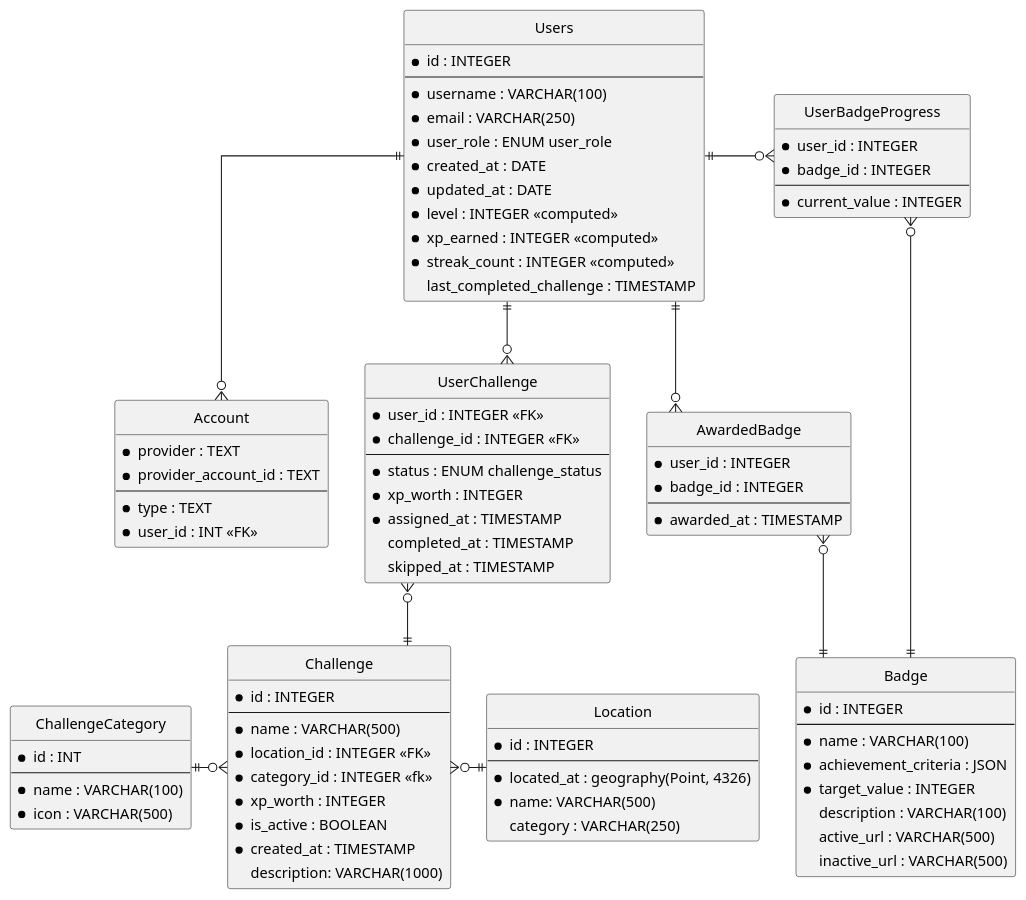
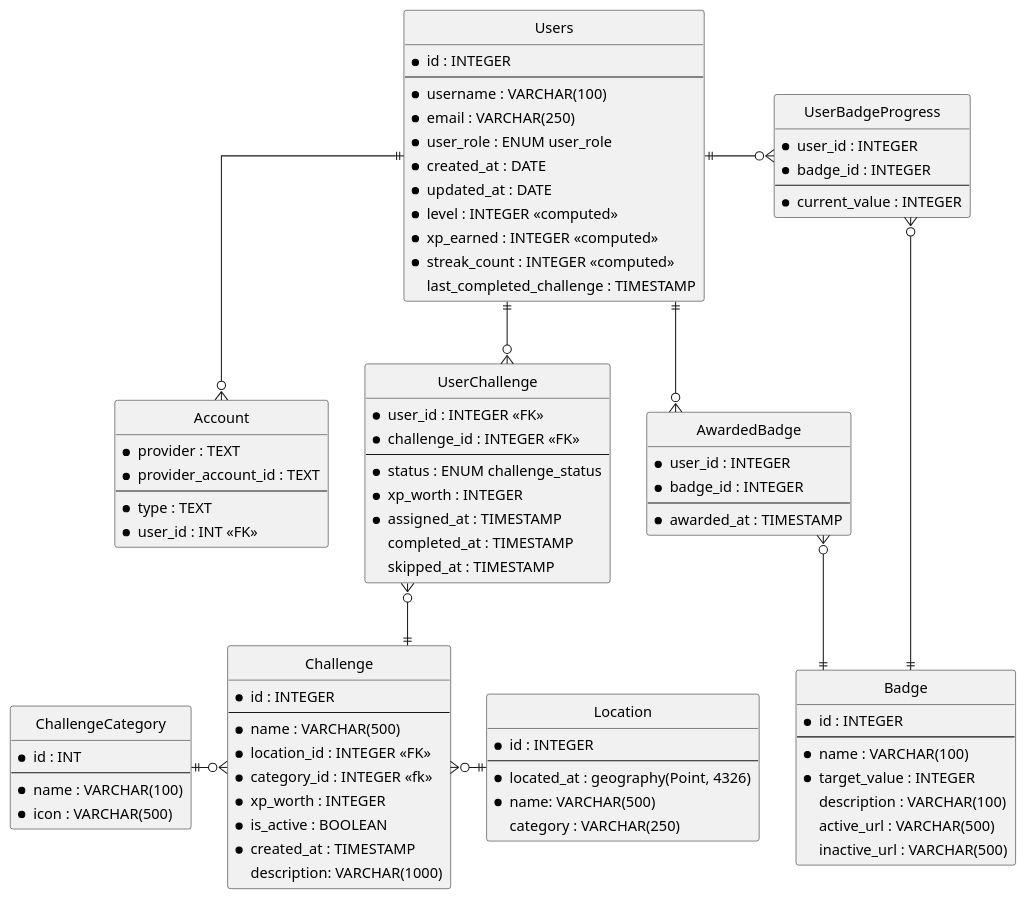
One commit to UOA-CS732-S1-2026/group-project-shimmering-shrews changed the diagram in diagrams/erd.puml. Above: the diagram before and after it, drawn with PlantUML. The commit also changed 6 other files, not shown here.

First line of the commit message:
Update schema to better model multiple badge criteria

```diff
--- a/diagrams/erd.puml
+++ b/diagrams/erd.puml
@@ -1,107 +1,106 @@
 @startuml schema
 ' Style rules
 skinparam {
   style StrictUML
   linetype ortho
   padding 2
   RoundCorner 5
 }
 
 ' Define entities (tables)
 entity "Users" as users {
   * id : INTEGER
   --
   * username : VARCHAR(100)
   * email : VARCHAR(250)
   * user_role : ENUM user_role
   * created_at : DATE
   * updated_at : DATE
   * level : INTEGER <<computed>>
   * xp_earned : INTEGER <<computed>>
   * streak_count : INTEGER <<computed>>
   last_completed_challenge : TIMESTAMP
 } 
 
 entity "Account" as account {
  * provider : TEXT
  * provider_account_id : TEXT
  --
  * type : TEXT
  * user_id : INT <<FK>>
 }
 
 entity "Badge" as badge {
   * id : INTEGER
   --
   * name : VARCHAR(100)
-  * achievement_criteria : JSON
   * target_value : INTEGER
   description : VARCHAR(100)
   active_url : VARCHAR(500)
   inactive_url : VARCHAR(500)
 }
 
 entity "UserBadgeProgress" as user_badge_progress {
   * user_id : INTEGER
   * badge_id : INTEGER
   --
   * current_value : INTEGER
 }
 
 entity "AwardedBadge" as awarded_badge {
   * user_id : INTEGER
   * badge_id : INTEGER
   --
   * awarded_at : TIMESTAMP
 }
 
 entity "UserChallenge" as user_challenge {
   * user_id : INTEGER <<FK>>
   * challenge_id : INTEGER <<FK>>
   --
   * status : ENUM challenge_status
   * xp_worth : INTEGER
   * assigned_at : TIMESTAMP
   completed_at : TIMESTAMP
   skipped_at : TIMESTAMP
 }
 
 entity "Challenge" as challenge {
   * id : INTEGER
   --
   * name : VARCHAR(500)
   * location_id : INTEGER <<FK>>
   * category_id : INTEGER <<fk>>
   * xp_worth : INTEGER
   * is_active : BOOLEAN
   * created_at : TIMESTAMP
   description: VARCHAR(1000)
 }
 
 entity "ChallengeCategory" as challenge_category {
   * id : INT
   --
   * name : VARCHAR(100)
   * icon : VARCHAR(500)
 }
 
 entity "Location" as location {
   * id : INTEGER
   --
   * located_at : geography(Point, 4326)
   * name: VARCHAR(500)
   category : VARCHAR(250)
 }
 
 ' Define relationships (foreign keys)
 users ||--o{ user_challenge
 user_challenge }o--|| challenge
 challenge }o-|| location
 challenge_category ||-o{ challenge
 users ||-o{ awarded_badge
 users ||-o{ user_badge_progress
 awarded_badge }o--|| badge
 user_badge_progress }o---|| badge
 users ||--o{ account
 
 @enduml
```
